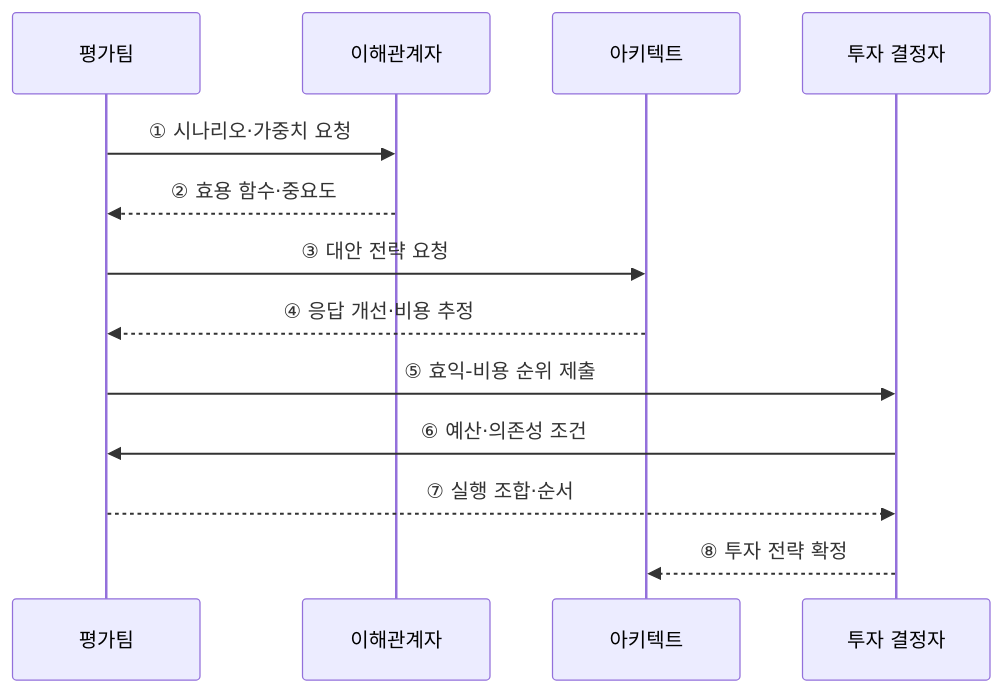
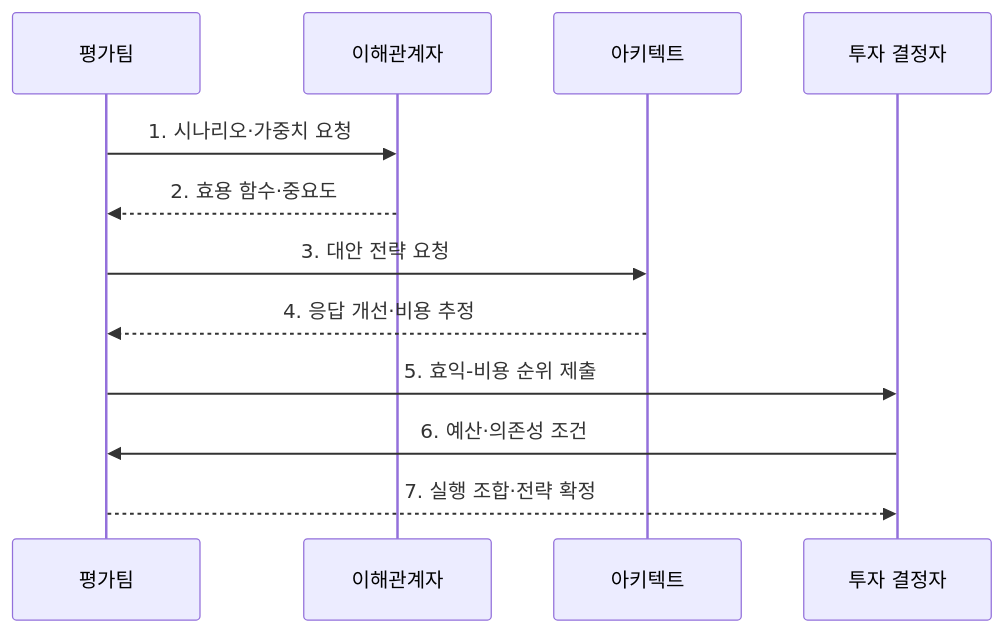
The second of 2 diagrams in src/content/docs/notes/03-software/072_cbam.md (agnusdei1207/knowledge-base), drawn with Mermaid before and after one commit. The commit also changed other lines of this file and 20 other files, not shown here.

````diff
--- a/src/content/docs/notes/03-software/072_cbam.md
+++ b/src/content/docs/notes/03-software/072_cbam.md
@@ -70,15 +80,14 @@
 ```mermaid
 sequenceDiagram
     participant T as 평가팀
     participant S as 이해관계자
     participant A as 아키텍트
     participant D as 투자 결정자
-    T->>S: ① 시나리오·가중치 요청
-    S-->>T: ② 효용 함수·중요도
-    T->>A: ③ 대안 전략 요청
-    A-->>T: ④ 응답 개선·비용 추정
-    T->>D: ⑤ 효익-비용 순위 제출
-    D->>T: ⑥ 예산·의존성 조건
-    T-->>D: ⑦ 실행 조합·순서
-    D-->>A: ⑧ 투자 전략 확정
+    T->>S: 1. 시나리오·가중치 요청
+    S-->>T: 2. 효용 함수·중요도
+    T->>A: 3. 대안 전략 요청
+    A-->>T: 4. 응답 개선·비용 추정
+    T->>D: 5. 효익-비용 순위 제출
+    D->>T: 6. 예산·의존성 조건
+    T-->>D: 7. 실행 조합·전략 확정
 ```
````
